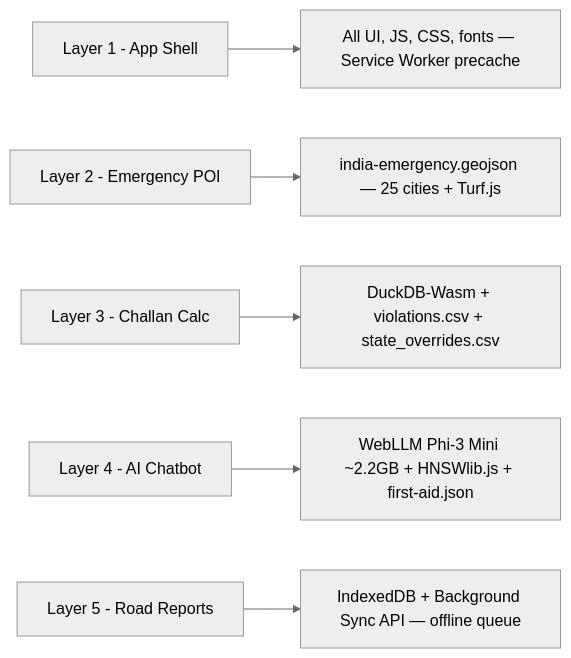
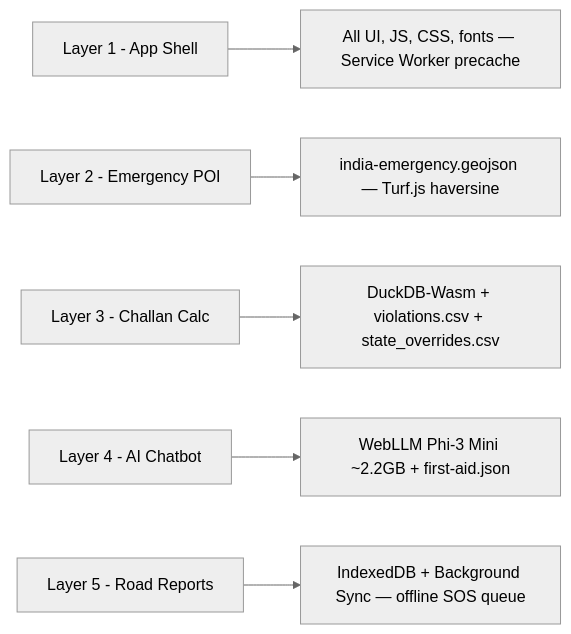
Before and after one commit to safevixai/safevixai: the fifth of 9 diagrams in docs/Architecture.md, drawn with Mermaid (neutral theme). The commit also changed other lines of this file and 110 other files, not shown here.

Commit message:
chore: e2e hardening, fix consent bypass, signup flow & responsive tests

````diff
--- a/docs/Architecture.md
+++ b/docs/Architecture.md
@@ -130,8 +415,8 @@
 ```mermaid
 graph LR
     L1[Layer 1 - App Shell] --> L1D["All UI, JS, CSS, fonts — Service Worker precache"]
-    L2[Layer 2 - Emergency POI] --> L2D["india-emergency.geojson — 25 cities + Turf.js"]
+    L2[Layer 2 - Emergency POI] --> L2D["india-emergency.geojson — Turf.js haversine"]
     L3[Layer 3 - Challan Calc] --> L3D["DuckDB-Wasm + violations.csv + state_overrides.csv"]
-    L4[Layer 4 - AI Chatbot] --> L4D["WebLLM Phi-3 Mini ~2.2GB + HNSWlib.js + first-aid.json"]
-    L5[Layer 5 - Road Reports] --> L5D["IndexedDB + Background Sync API — offline queue"]
+    L4[Layer 4 - AI Chatbot] --> L4D["WebLLM Phi-3 Mini ~2.2GB + first-aid.json"]
+    L5[Layer 5 - Road Reports] --> L5D["IndexedDB + Background Sync — offline SOS queue"]
 ```
````
